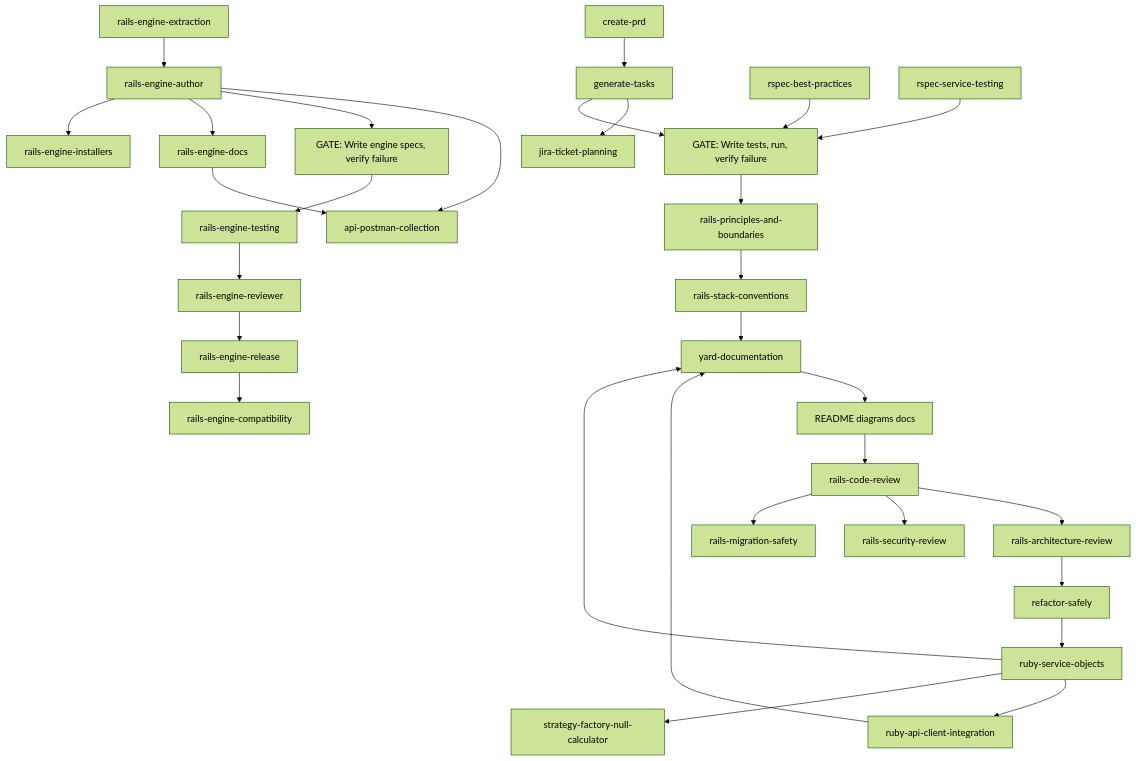
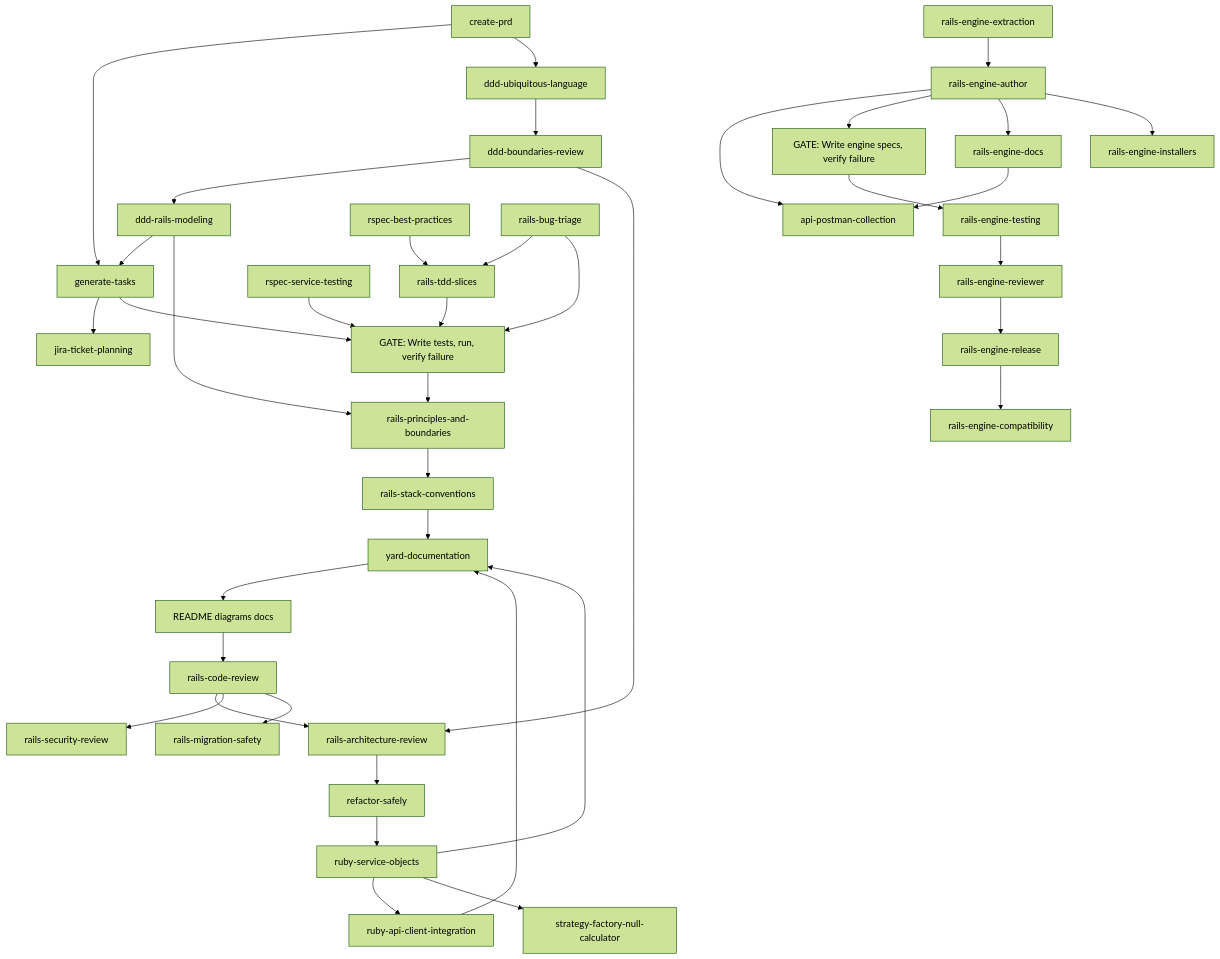
The diagram in README.md (igmarin/my-RoR-personal-skills), drawn with Mermaid (forest theme) before and after one commit. The commit also changed other lines of this file and 17 other files, not shown here.

````diff
--- a/README.md
+++ b/README.md
@@ -185,37 +215,46 @@
 ```mermaid
 flowchart TD
     createPRD[create-prd] --> generateTasks[generate-tasks]
+    createPRD --> dddLanguage[ddd-ubiquitous-language]
+    dddLanguage --> dddBoundaries[ddd-boundaries-review]
+    dddBoundaries --> dddModeling[ddd-rails-modeling]
+    dddBoundaries --> archReview
+    dddModeling --> generateTasks
+    dddModeling --> railsPrinciples
     generateTasks --> jiraPlanning[jira-ticket-planning]
     generateTasks --> testGate["GATE: Write tests, run, verify failure"]
     testGate --> railsPrinciples[rails-principles-and-boundaries]
     railsPrinciples --> stackConventions[rails-stack-conventions]
     stackConventions --> yardDoc[yard-documentation]
     yardDoc --> docUpdates[README diagrams docs]
     docUpdates --> codeReview[rails-code-review]
 
     codeReview --> archReview[rails-architecture-review]
     codeReview --> secReview[rails-security-review]
     codeReview --> migrationSafety[rails-migration-safety]
 
     archReview --> refactorSafely[refactor-safely]
     refactorSafely --> serviceObjects[ruby-service-objects]
 
     serviceObjects --> apiClient[ruby-api-client-integration]
     serviceObjects --> strategyFactory[strategy-factory-null-calculator]
     serviceObjects --> yardDoc
     apiClient --> yardDoc
     engineAuthor --> postman[api-postman-collection]
     engineDocs[rails-engine-docs] --> postman
 
-    rspecBest[rspec-best-practices] --> testGate
+    rspecBest[rspec-best-practices] --> tddSlices[rails-tdd-slices]
+    tddSlices --> testGate
+    bugTriage[rails-bug-triage] --> tddSlices
+    bugTriage --> testGate
     rspecService[rspec-service-testing] --> testGate
 
     engineAuthor[rails-engine-author] --> engineTestGate["GATE: Write engine specs, verify failure"]
     engineTestGate --> engineTesting[rails-engine-testing]
     engineAuthor --> engineDocs[rails-engine-docs]
     engineAuthor --> engineInstallers[rails-engine-installers]
     engineTesting --> engineReviewer[rails-engine-reviewer]
     engineReviewer --> engineRelease[rails-engine-release]
     engineRelease --> engineCompat[rails-engine-compatibility]
     engineExtraction[rails-engine-extraction] --> engineAuthor
 ```
````
